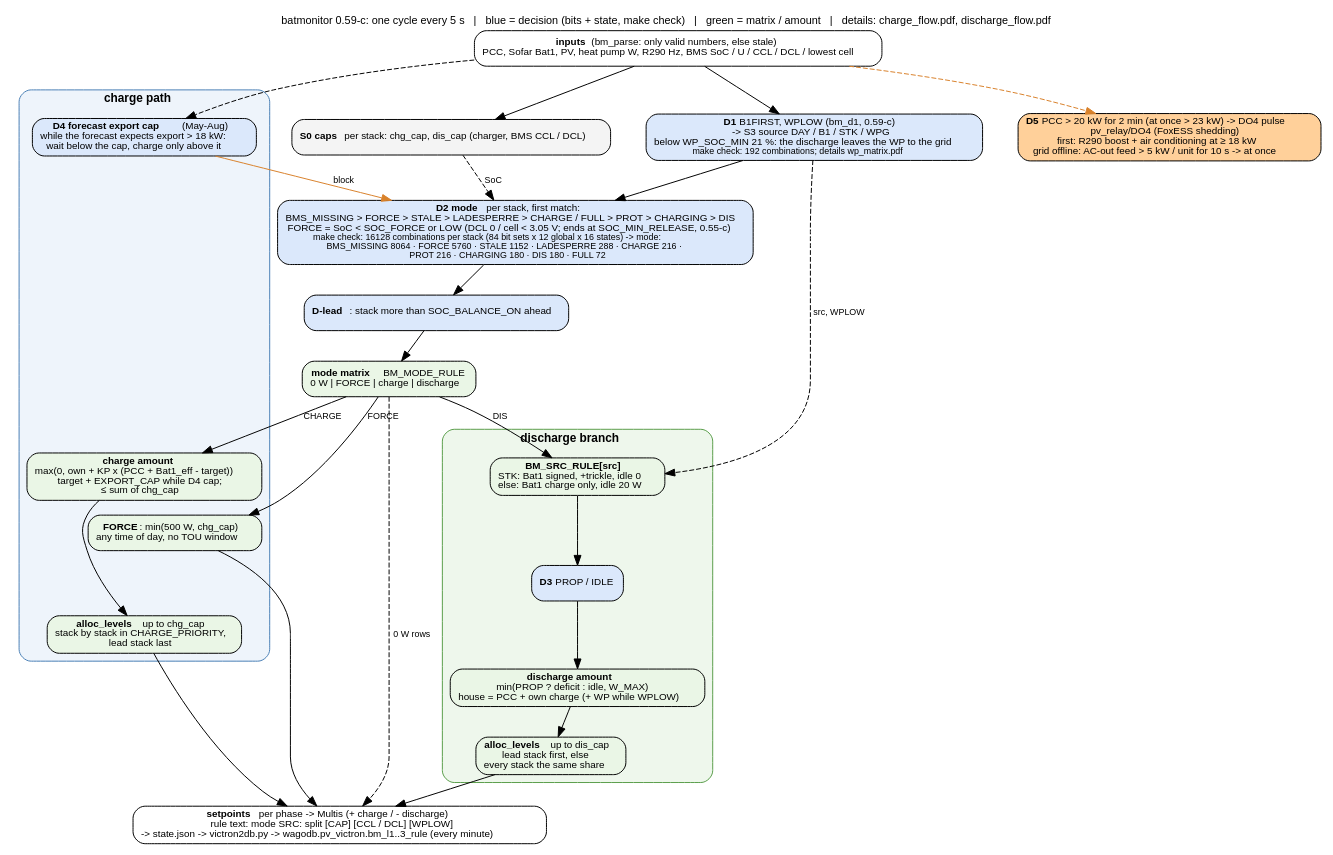
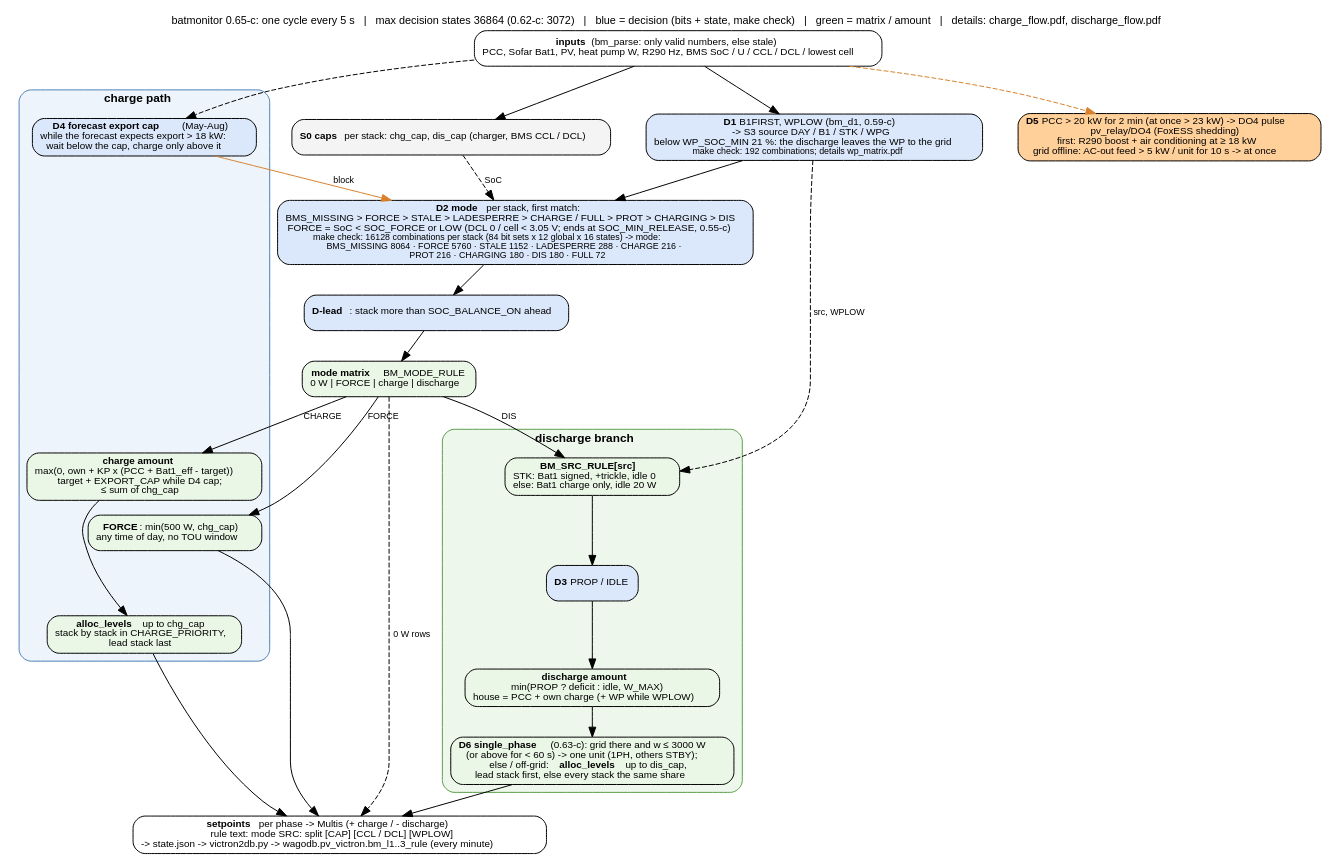
One commit to gerontec/victron changed the diagram in docs/control_flow.dot. Above: the diagram before and after it, drawn with Graphviz. The commit also changed 11 other files, not shown here.

First line of the commit message:
batmonitor 0.65-c: one unit / all phases as decision function bm_d6, matrix redrawn

```diff
--- a/docs/control_flow.dot
+++ b/docs/control_flow.dot
@@ -1,54 +1,54 @@
 // batmonitor 0.59-c: overview of one cycle - a common trunk, then one charge path and one discharge branch.
 // Details: charge_flow.pdf (charge path, peak window) and discharge_flow.pdf (discharge matrix, CBMC coverage).
 // render: dot -Tpdf control_flow.dot -o control_flow.pdf   (or -Tpng)
 digraph control {
 	graph [rankdir=TB, fontname="Helvetica", fontsize=11, nodesep=0.5, ranksep=0.4, newrank=true,
-		   label="batmonitor 0.59-c: one cycle every 5 s   |   blue = decision (bits + state, make check)   |   green = matrix / amount   |   details: charge_flow.pdf, discharge_flow.pdf",
+		   label="batmonitor 0.65-c: one cycle every 5 s   |   max decision states 36864 (0.62-c: 3072)   |   blue = decision (bits + state, make check)   |   green = matrix / amount   |   details: charge_flow.pdf, discharge_flow.pdf",
 		   labelloc=t];
 	node [shape=box, style="rounded,filled", fillcolor="#f4f4f4", fontname="Helvetica", fontsize=10];
 	edge [fontname="Helvetica", fontsize=9];
 
 	in [label=<<b>inputs</b> (bm_parse: only valid numbers, else stale)<br/>PCC, Sofar Bat1, PV, heat pump W, R290 Hz, BMS SoC / U / CCL / DCL / lowest cell>, fillcolor="#ffffff"];
 	d1 [label=<<b>D1</b> B1FIRST, WPLOW (bm_d1, 0.59-c)<br/>-&gt; S3 source DAY / B1 / STK / WPG<br/>below WP_SOC_MIN 21 %: the discharge leaves the WP to the grid<br/><font point-size="9">make check: 192 combinations; details wp_matrix.pdf</font>>, fillcolor="#dbe8fb"];
 	gates [label=<<b>S0 caps</b> per stack: chg_cap, dis_cap (charger, BMS CCL / DCL)>];
 	d2 [label=<<b>D2 mode</b> per stack, first match:<br/>BMS_MISSING &gt; FORCE &gt; STALE &gt; LADESPERRE &gt; CHARGE / FULL &gt; PROT &gt; CHARGING &gt; DIS<br/>FORCE = SoC &lt; SOC_FORCE or LOW (DCL 0 / cell &lt; 3.05 V; ends at SOC_MIN_RELEASE, 0.55-c)<br/><font point-size="9">make check: 16128 combinations per stack (84 bit sets x 12 global x 16 states) -&gt; mode:<br/>BMS_MISSING 8064 · FORCE 5760 · STALE 1152 · LADESPERRE 288 · CHARGE 216 ·<br/>PROT 216 · CHARGING 180 · DIS 180 · FULL 72</font>>, fillcolor="#dbe8fb"];
 	lead [label=<<b>D-lead</b>: stack more than SOC_BALANCE_ON ahead>, fillcolor="#dbe8fb"];
 	mode [label=<<b>mode matrix</b> BM_MODE_RULE<br/>0 W | FORCE | charge | discharge>, fillcolor="#eaf6e6", shape=box];
 
 	subgraph cluster_charge {
 		label=<<b>charge path</b>>; style="rounded,filled"; fillcolor="#eef4fb"; color="#4a7fb5"; fontsize=12;
 		d4 [label=<<b>D4 forecast export cap</b> (May-Aug)<br/>while the forecast expects export &gt; 18 kW:<br/>wait below the cap, charge only above it>, fillcolor="#dbe8fb"];
 		cforce [label=<<b>FORCE</b>: min(500 W, chg_cap)<br/>any time of day, no TOU window>, fillcolor="#eaf6e6"];
 		camount [label=<<b>charge amount</b><br/>max(0, own + KP x (PCC + Bat1_eff - target))<br/>target + EXPORT_CAP while D4 cap;<br/>&le; sum of chg_cap>, fillcolor="#eaf6e6"];
 		csplit [label=<<b>alloc_levels</b> up to chg_cap<br/>stack by stack in CHARGE_PRIORITY,<br/>lead stack last>, fillcolor="#eaf6e6"];
 		camount -> csplit;
 	}
 
 	subgraph cluster_dis {
 		label=<<b>discharge branch</b>>; style="rounded,filled"; fillcolor="#eef7ec"; color="#5a9e4b"; fontsize=12;
 		src [label=<<b>BM_SRC_RULE[src]</b><br/>STK: Bat1 signed, +trickle, idle 0<br/>else: Bat1 charge only, idle 20 W>, fillcolor="#eaf6e6"];
 		d3 [label=<<b>D3</b> PROP / IDLE>, fillcolor="#dbe8fb"];
 		damount [label=<<b>discharge amount</b><br/>min(PROP ? deficit : idle, W_MAX)<br/>house = PCC + own charge (+ WP while WPLOW)>, fillcolor="#eaf6e6"];
-		dsplit [label=<<b>alloc_levels</b> up to dis_cap<br/>lead stack first, else<br/>every stack the same share>, fillcolor="#eaf6e6"];
+		dsplit [label=<<b>D6 single_phase</b> (0.63-c): grid there and w &le; 3000 W<br/>(or above for &lt; 60 s) -&gt; one unit (1PH, others STBY);<br/>else / off-grid: <b>alloc_levels</b> up to dis_cap,<br/>lead stack first, else every stack the same share>, fillcolor="#eaf6e6"];
 		src -> d3 -> damount -> dsplit;
 	}
 
 	d5 [label=<<b>D5</b> PCC &gt; 20 kW for 2 min (at once &gt; 23 kW) -&gt; DO4 pulse<br/>pv_relay/DO4 (FoxESS shedding)<br/>first: R290 boost + air conditioning at &ge; 18 kW<br/>grid offline: AC-out feed &gt; 5 kW / unit for 10 s -&gt; at once>, fillcolor="#ffd09a"];
 	out [label=<<b>setpoints</b> per phase -&gt; Multis (+ charge / - discharge)<br/>rule text: mode SRC: split [CAP] [CCL / DCL] [WPLOW]<br/>-&gt; state.json -&gt; victron2db.py -&gt; wagodb.pv_victron.bm_l1..3_rule (every minute)>, fillcolor="#ffffff"];
 
 	in -> d1 -> d2;
 	in -> gates;
 	gates -> d2 [style=dashed, label=" SoC"];
 	d2 -> lead -> mode;
 	mode -> cforce [label=" FORCE"];
 	mode -> camount [label=" CHARGE"];
 	mode -> src [label=" DIS"];
 	mode -> out [label=" 0 W rows", style=dashed];
 	d4 -> d2 [color="#d9822b", label=" block"];
 	in -> d4 [style=dashed];
 	in -> d5 [style=dashed, color="#d9822b"];
 	d1 -> src [style=dashed, label=" src, WPLOW"];
 	cforce -> out;
 	csplit -> out;
 	dsplit -> out;
 }
```
